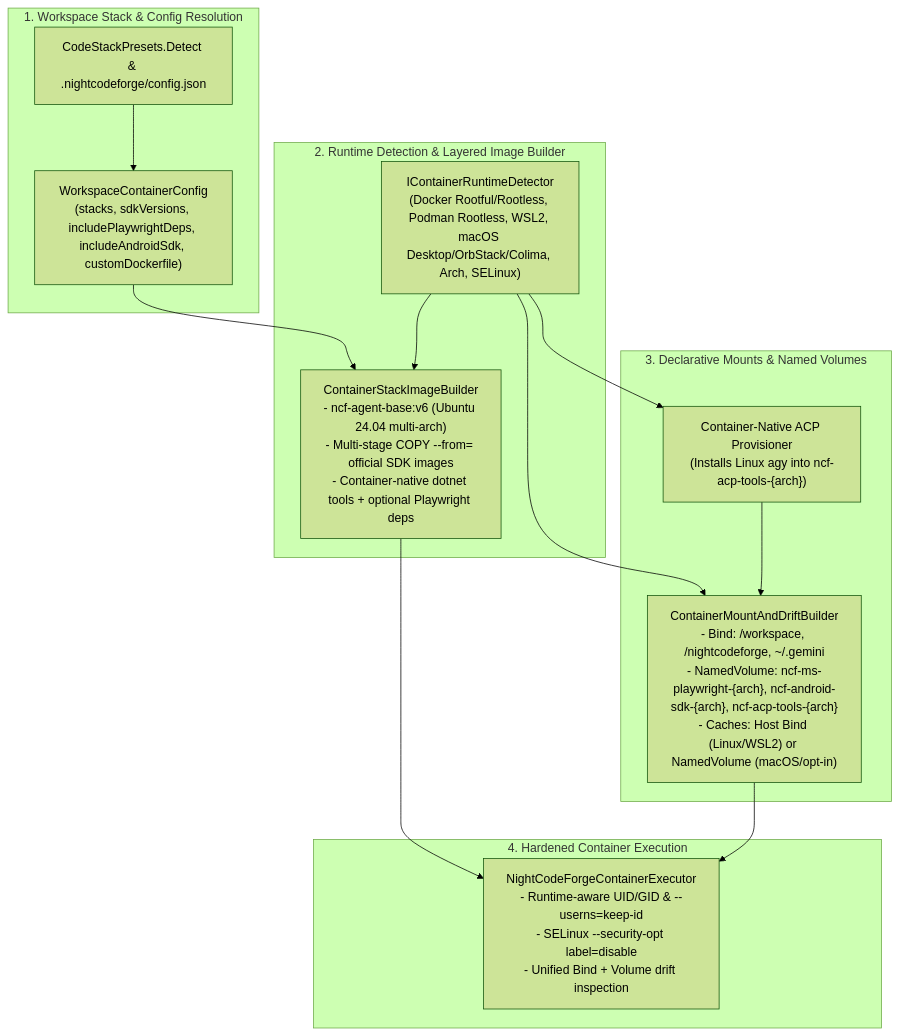
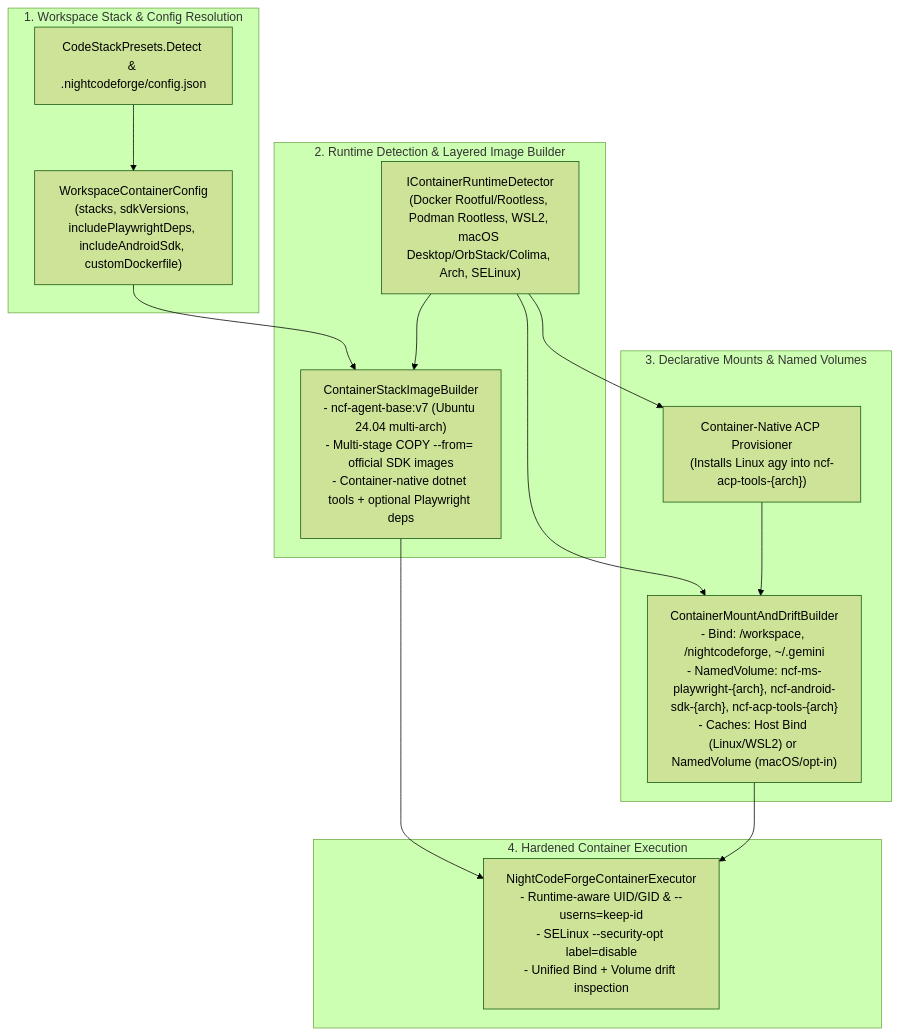
Before and after one commit to jetelain/NightCodeForge: the diagram in docs/features/STEP_12_45A_CROSS_PLATFORM_LAYERED_CONTAINER_IMAGES_AND_TOOLCHAIN_VOLUMES.md, drawn with Mermaid (forest theme). The commit also changed other lines of this file and 33 other files, not shown here.

````diff
--- a/docs/features/STEP_12_45A_CROSS_PLATFORM_LAYERED_CONTAINER_IMAGES_AND_TOOLCHAIN_VOLUMES.md
+++ b/docs/features/STEP_12_45A_CROSS_PLATFORM_LAYERED_CONTAINER_IMAGES_AND_TOOLCHAIN_VOLUMES.md
@@ -37,30 +38,30 @@
 ```mermaid
 flowchart TD
     subgraph StackResolution ["1. Workspace Stack & Config Resolution"]
         Detect["CodeStackPresets.Detect & .nightcodeforge/config.json"]
         ContainerCfg["WorkspaceContainerConfig<br/>(stacks, sdkVersions, includePlaywrightDeps, includeAndroidSdk, customDockerfile)"]
     end
 
     subgraph RuntimeAndImages ["2. Runtime Detection & Layered Image Builder"]
         RuntimeDet["IContainerRuntimeDetector<br/>(Docker Rootful/Rootless, Podman Rootless, WSL2, macOS Desktop/OrbStack/Colima, Arch, SELinux)"]
-        ImgBuilder["ContainerStackImageBuilder<br/>- ncf-agent-base:v6 (Ubuntu 24.04 multi-arch)<br/>- Multi-stage COPY --from= official SDK images<br/>- Container-native dotnet tools + optional Playwright deps"]
+        ImgBuilder["ContainerStackImageBuilder<br/>- ncf-agent-base:v7 (Ubuntu 24.04 multi-arch)<br/>- Multi-stage COPY --from= official SDK images<br/>- Container-native dotnet tools + optional Playwright deps"]
     end
 
     subgraph MountsAndVolumes ["3. Declarative Mounts & Named Volumes"]
         MountBuilder["ContainerMountAndDriftBuilder<br/>- Bind: /workspace, /nightcodeforge, ~/.gemini<br/>- NamedVolume: ncf-ms-playwright-{arch}, ncf-android-sdk-{arch}, ncf-acp-tools-{arch}<br/>- Caches: Host Bind (Linux/WSL2) or NamedVolume (macOS/opt-in)"]
         AcpProv["Container-Native ACP Provisioner<br/>(Installs Linux agy into ncf-acp-tools-{arch})"]
     end
 
     subgraph Execution ["4. Hardened Container Execution"]
         Executor["NightCodeForgeContainerExecutor<br/>- Runtime-aware UID/GID & --userns=keep-id<br/>- SELinux --security-opt label=disable<br/>- Unified Bind + Volume drift inspection"]
     end
 
     Detect --> ContainerCfg
     ContainerCfg --> ImgBuilder
     RuntimeDet --> ImgBuilder
     RuntimeDet --> MountBuilder
     RuntimeDet --> AcpProv
     ImgBuilder --> Executor
     MountBuilder --> Executor
     AcpProv --> MountBuilder
 ```
````
